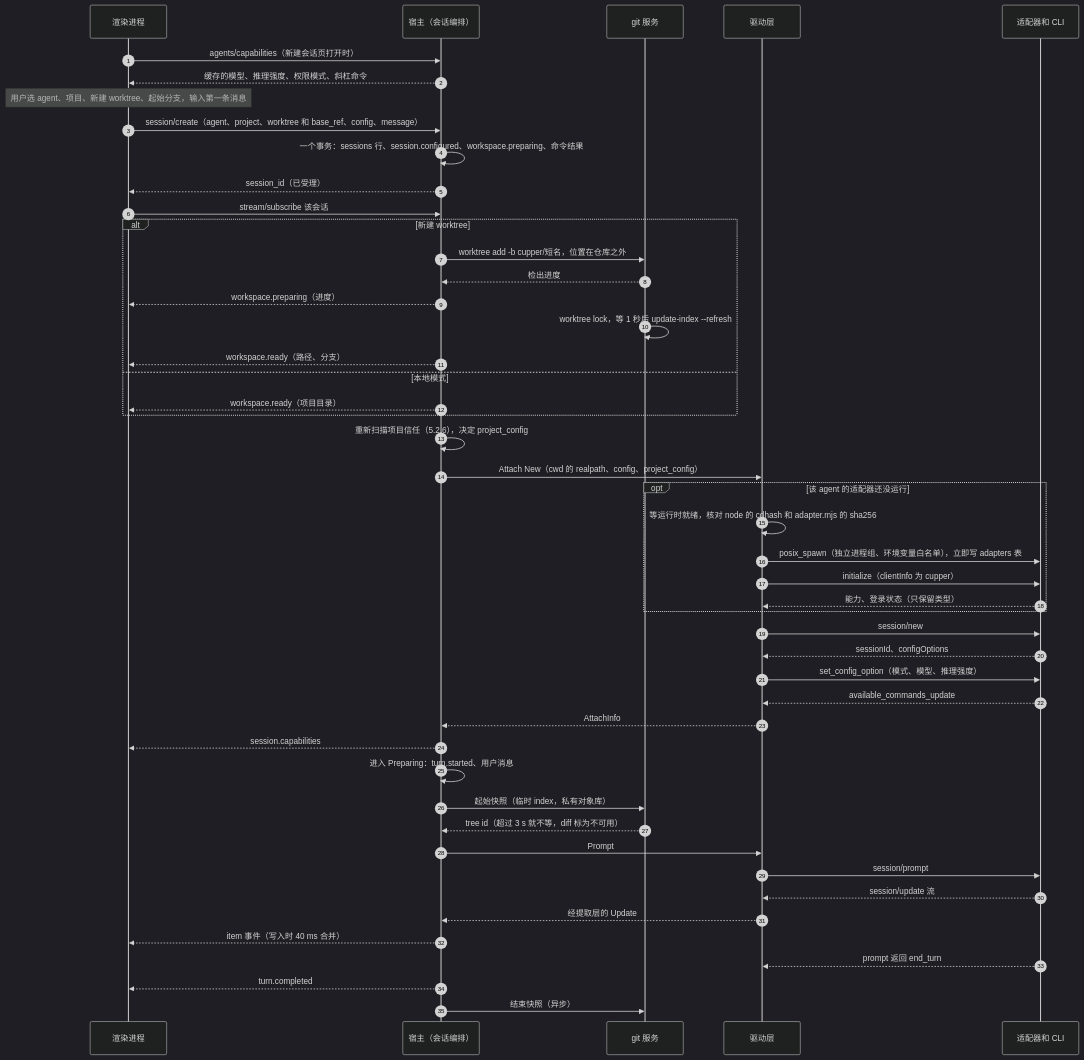
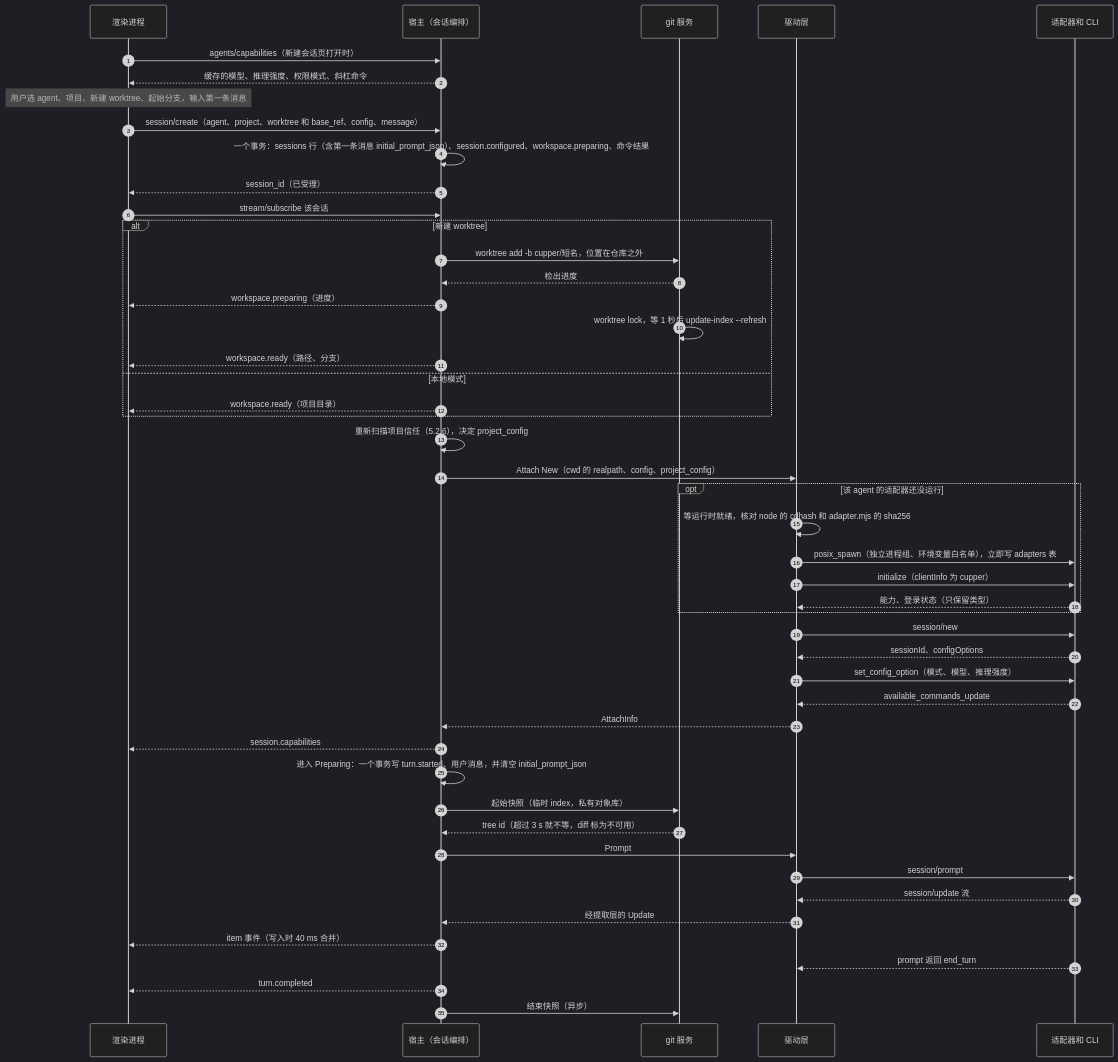
One commit to boris-w/cupper changed the second of 11 diagrams in docs/design/05-flows.md. Above: the diagram before and after it, drawn with Mermaid (dark theme). The commit also changed other lines of this file and 4 other files, not shown here.

````diff
--- a/docs/design/05-flows.md
+++ b/docs/design/05-flows.md
@@ -56,50 +56,50 @@
 ```mermaid
 sequenceDiagram
   autonumber
   participant R as 渲染进程
   participant H as 宿主（会话编排）
   participant G as git 服务
   participant A as 驱动层
   participant AD as 适配器和 CLI
   R->>H: agents/capabilities（新建会话页打开时）
   H-->>R: 缓存的模型、推理强度、权限模式、斜杠命令
   Note over R: 用户选 agent、项目、新建 worktree、起始分支，输入第一条消息
   R->>H: session/create（agent、project、worktree 和 base_ref、config、message）
-  H->>H: 一个事务：sessions 行、session.configured、workspace.preparing、命令结果
+  H->>H: 一个事务：sessions 行（含第一条消息 initial_prompt_json）、session.configured、workspace.preparing、命令结果
   H-->>R: session_id（已受理）
   R->>H: stream/subscribe 该会话
   alt 新建 worktree
     H->>G: worktree add -b cupper/短名，位置在仓库之外
     G-->>H: 检出进度
     H-->>R: workspace.preparing（进度）
     G->>G: worktree lock，等 1 秒后 update-index --refresh
     H-->>R: workspace.ready（路径、分支）
   else 本地模式
     H-->>R: workspace.ready（项目目录）
   end
   H->>H: 重新扫描项目信任（5.2.6），决定 project_config
   H->>A: Attach New（cwd 的 realpath、config、project_config）
   opt 该 agent 的适配器还没运行
     A->>A: 等运行时就绪，核对 node 的 cdhash 和 adapter.mjs 的 sha256
     A->>AD: posix_spawn（独立进程组、环境变量白名单），立即写 adapters 表
     A->>AD: initialize（clientInfo 为 cupper）
     AD-->>A: 能力、登录状态（只保留类型）
   end
   A->>AD: session/new
   AD-->>A: sessionId、configOptions
   A->>AD: set_config_option（模式、模型、推理强度）
   AD-->>A: available_commands_update
   A-->>H: AttachInfo
   H-->>R: session.capabilities
-  H->>H: 进入 Preparing：turn.started、用户消息
+  H->>H: 进入 Preparing：一个事务写 turn.started、用户消息，并清空 initial_prompt_json
   H->>G: 起始快照（临时 index，私有对象库）
   G-->>H: tree id（超过 3 s 就不等，diff 标为不可用）
   H->>A: Prompt
   A->>AD: session/prompt
   AD-->>A: session/update 流
   A-->>H: 经提取层的 Update
   H-->>R: item 事件（写入时 40 ms 合并）
   AD-->>A: prompt 返回 end_turn
   H-->>R: turn.completed
   H->>G: 结束快照（异步）
 ```
````
